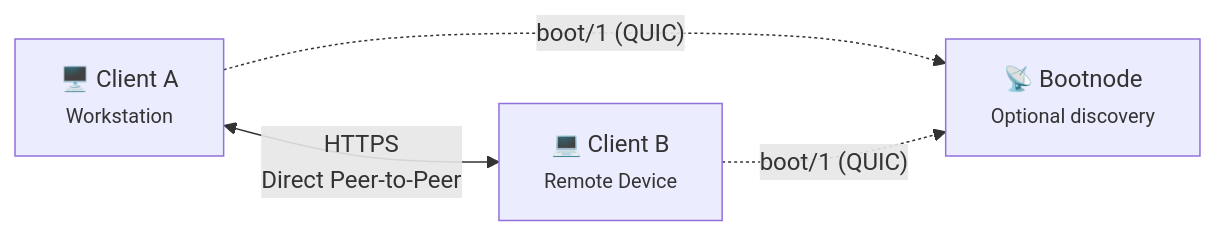
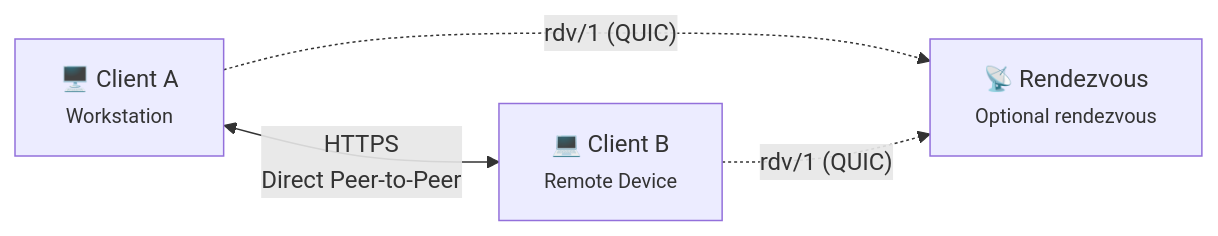
The second of 3 diagrams in README.md (albertsdk/hsync), drawn with Mermaid before and after one commit. The commit also changed other lines of this file and 2 other files, not shown here.

Commit message:
docs: point to the renamed hsync-rendezvous repository and rdv/1 protocol

````diff
--- a/README.md
+++ b/README.md
@@ -65,11 +65,11 @@
 ```mermaid
 flowchart LR
     CA["🖥️ Client A<br/><small>Workstation</small>"]
     CB["💻 Client B<br/><small>Remote Device</small>"]
-    BN["📡 Bootnode<br/><small>Optional discovery</small>"]
+    BN["📡 Rendezvous<br/><small>Optional rendezvous</small>"]
 
     CA <-->|"HTTPS<br/>Direct Peer-to-Peer"| CB
-    CA -.->|"boot/1 (QUIC)"| BN
-    CB -.->|"boot/1 (QUIC)"| BN
+    CA -.->|"rdv/1 (QUIC)"| BN
+    CB -.->|"rdv/1 (QUIC)"| BN
 
 ```
````
